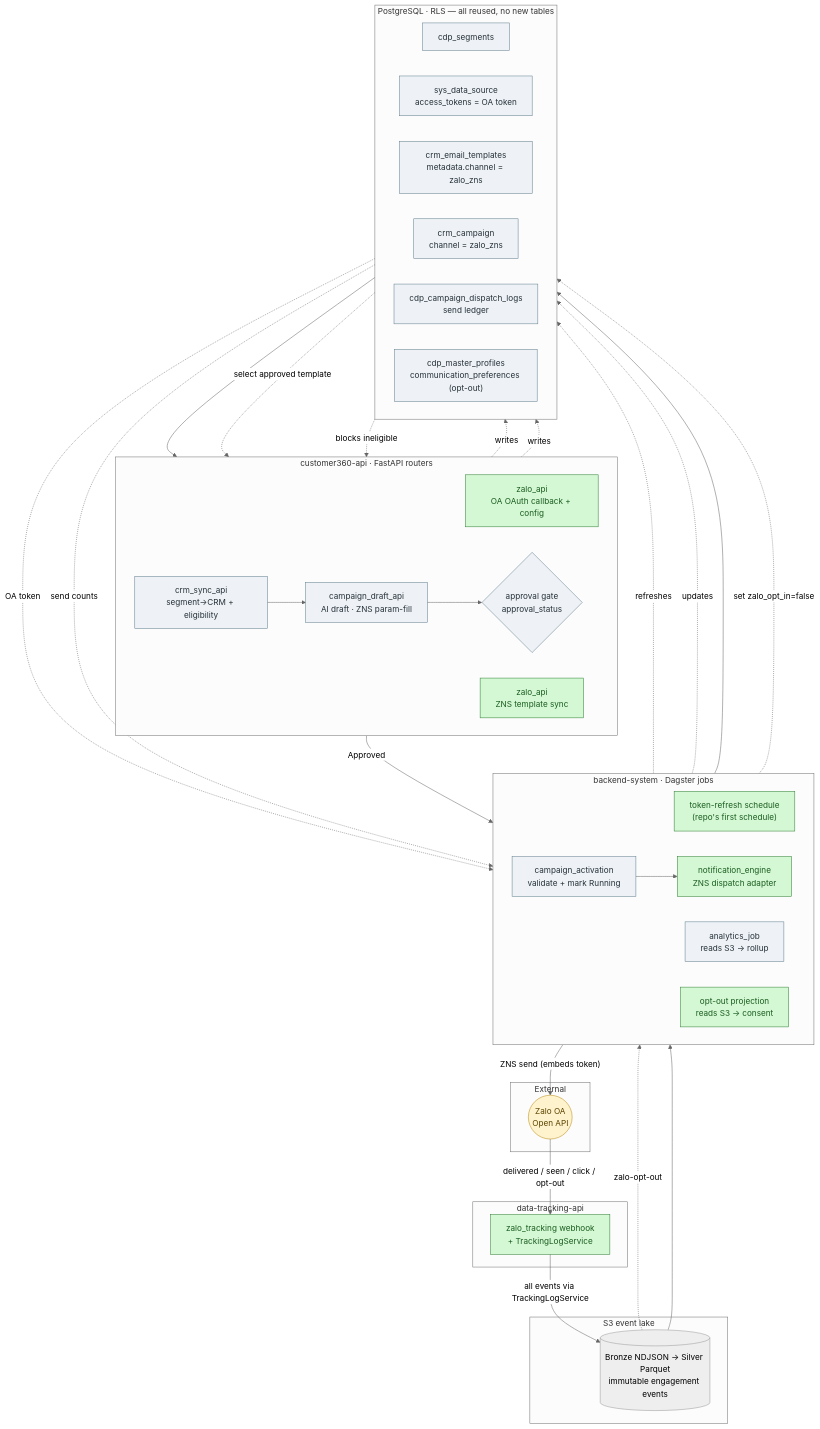
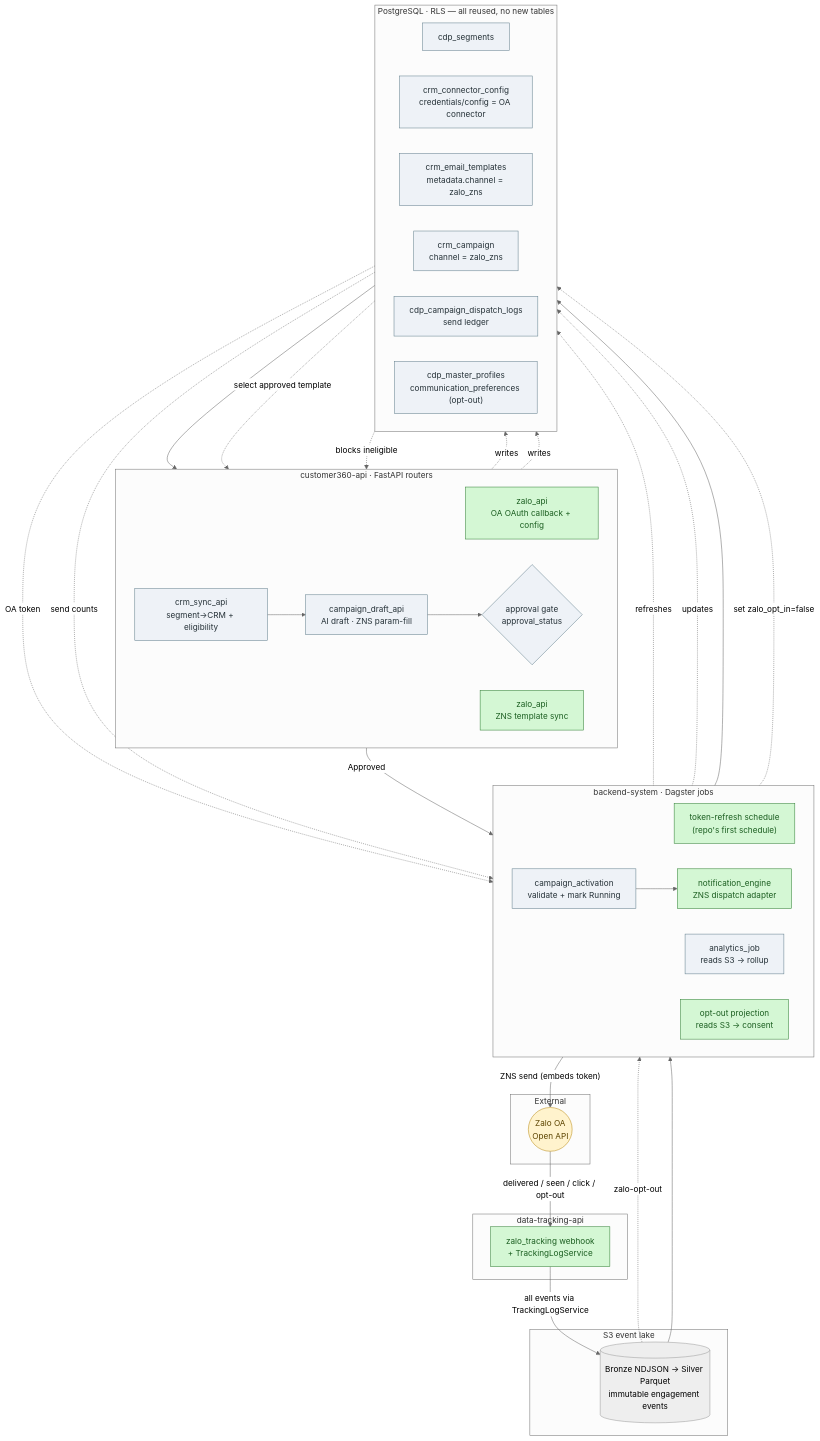
The first of 3 diagrams in docs/action-plans/PLAN-ZALO-ZNS-OPTIMIZED.md (LEO-CDP/leo-customer360), drawn with Mermaid (neutral theme) before and after one commit. The commit also changed other lines of this file and 35 other files, not shown here.

````diff
--- a/docs/action-plans/PLAN-ZALO-ZNS-OPTIMIZED.md
+++ b/docs/action-plans/PLAN-ZALO-ZNS-OPTIMIZED.md
@@ -29,68 +29,68 @@
 ```mermaid
 flowchart TB
     subgraph API["customer360-api · FastAPI routers"]
         direction LR
         OACFG["zalo_api<br/>OA OAuth callback + config"]
         TPLSYNC["zalo_api<br/>ZNS template sync"]
         SYNC["crm_sync_api<br/>segment→CRM + eligibility"]
         DRAFT["campaign_draft_api<br/>AI draft · ZNS param-fill"]
         APPR{"approval gate<br/>approval_status"}
     end
 
     subgraph DAG["backend-system · Dagster jobs"]
         direction LR
         TR["token-refresh schedule<br/>(repo's first schedule)"]
         ACT["campaign_activation<br/>validate + mark Running"]
         ENG["notification_engine<br/>ZNS dispatch adapter"]
         AN["analytics_job<br/>reads S3 → rollup"]
         PROJ["opt-out projection<br/>reads S3 → consent"]
     end
 
     subgraph EXT["External"]
         ZALOAPI(("Zalo OA<br/>Open API"))
     end
 
     subgraph DTA["data-tracking-api"]
         WH["zalo_tracking webhook<br/>+ TrackingLogService"]
     end
 
     subgraph LAKE["S3 event lake"]
         S3[("Bronze NDJSON → Silver Parquet<br/>immutable engagement events")]
     end
 
     subgraph PG["PostgreSQL · RLS — all reused, no new tables"]
         direction LR
         SEG["cdp_segments"]
-        DS["sys_data_source<br/>access_tokens = OA token"]
+        DS["crm_connector_config<br/>credentials/config = OA connector"]
         TPLT["crm_email_templates<br/>metadata.channel = zalo_zns"]
         CAMP["crm_campaign<br/>channel = zalo_zns"]
         LOG["cdp_campaign_dispatch_logs<br/>send ledger"]
         SUP["cdp_master_profiles<br/>communication_preferences (opt-out)"]
     end
 
     SEG --> SYNC --> DRAFT --> APPR
     OACFG -. writes .-> DS
     TR -. refreshes .-> DS
     TPLSYNC -. writes .-> TPLT
     TPLT -. select approved template .-> DRAFT
     APPR -- Approved --> ACT
     ACT -. updates .-> CAMP
     ACT --> ENG
     DS -. OA token .-> ENG
     ENG -- "ZNS send (embeds token)" --> ZALOAPI
     ENG --> LOG
     ZALOAPI -- delivered / seen / click / opt-out --> WH
     WH -- all events via TrackingLogService --> S3
     S3 -. zalo-opt-out .-> PROJ
     PROJ -. set zalo_opt_in=false .-> SUP
     S3 --> AN
     LOG -. send counts .-> AN
     SUP -. blocks ineligible .-> SYNC
 
     classDef new fill:#d4f7d4,stroke:#2e7d32,color:#1b5e20;
     classDef reuse fill:#eef2f7,stroke:#607d8b,color:#263238;
     classDef ext fill:#fff3cd,stroke:#b8860b,color:#5c4400;
     class OACFG,TPLSYNC,TR,ENG,WH,PROJ new;
     class SYNC,DRAFT,APPR,ACT,AN,SEG,DS,TPLT,CAMP,LOG,SUP reuse;
     class ZALOAPI ext;
 ```
````
